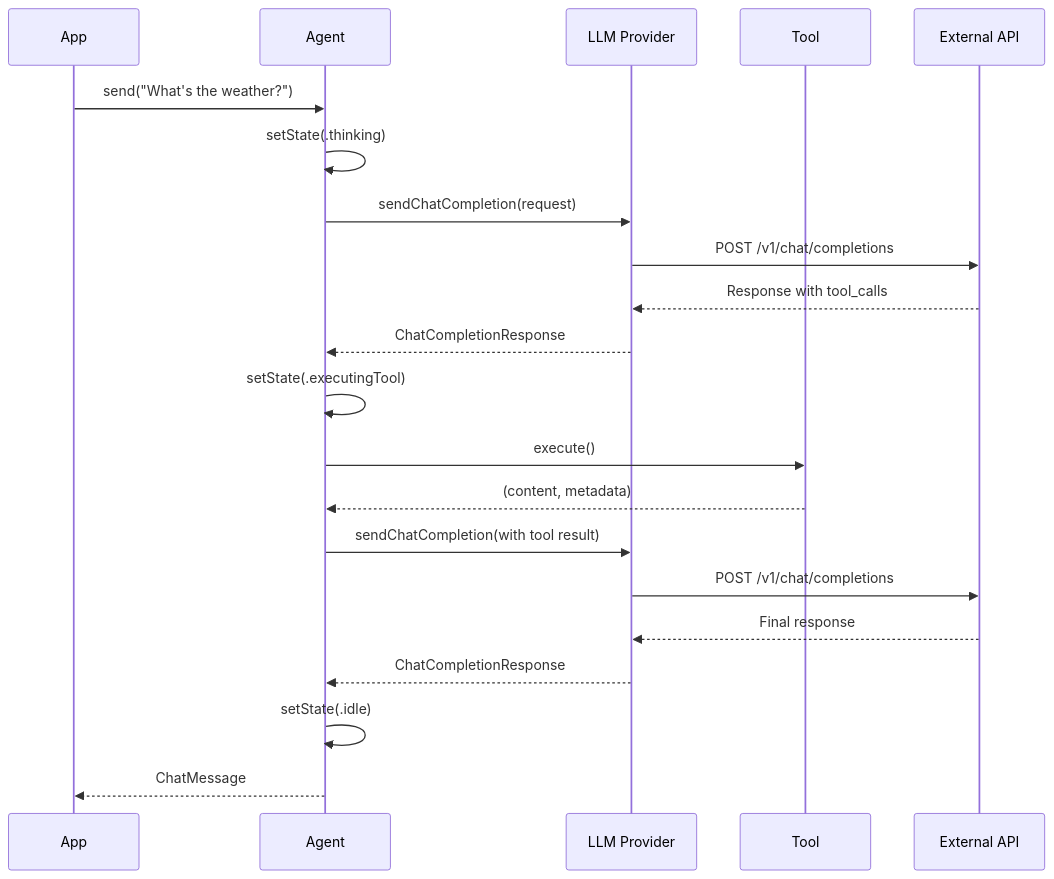
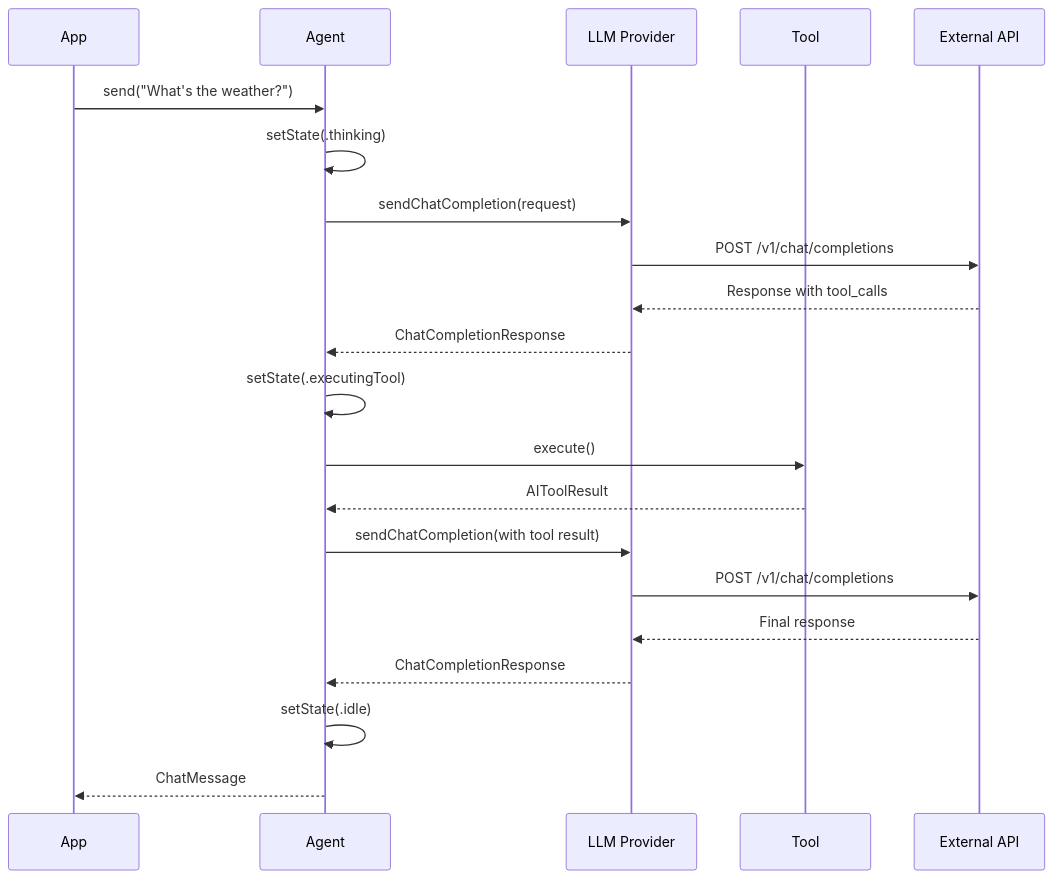
Before and after one commit to DanielhCarranza/AISDK: the second of 7 diagrams in docs/AISDK-ARCHITECTURE.md, drawn with Mermaid. The commit also changed other lines of this file and 74 other files, not shown here.

````diff
--- a/docs/AISDK-ARCHITECTURE.md
+++ b/docs/AISDK-ARCHITECTURE.md
@@ -117,27 +117,27 @@
 ```mermaid
 sequenceDiagram
     participant App
     participant Agent
     participant LLM as LLM Provider
     participant Tool
     participant API as External API
 
     App->>Agent: send("What's the weather?")
     Agent->>Agent: setState(.thinking)
     Agent->>LLM: sendChatCompletion(request)
     LLM->>API: POST /v1/chat/completions
     API-->>LLM: Response with tool_calls
     LLM-->>Agent: ChatCompletionResponse
 
     Agent->>Agent: setState(.executingTool)
     Agent->>Tool: execute()
-    Tool-->>Agent: (content, metadata)
+    Tool-->>Agent: AIToolResult
 
     Agent->>LLM: sendChatCompletion(with tool result)
     LLM->>API: POST /v1/chat/completions
     API-->>LLM: Final response
     LLM-->>Agent: ChatCompletionResponse
 
     Agent->>Agent: setState(.idle)
     Agent-->>App: ChatMessage
 ```
````
